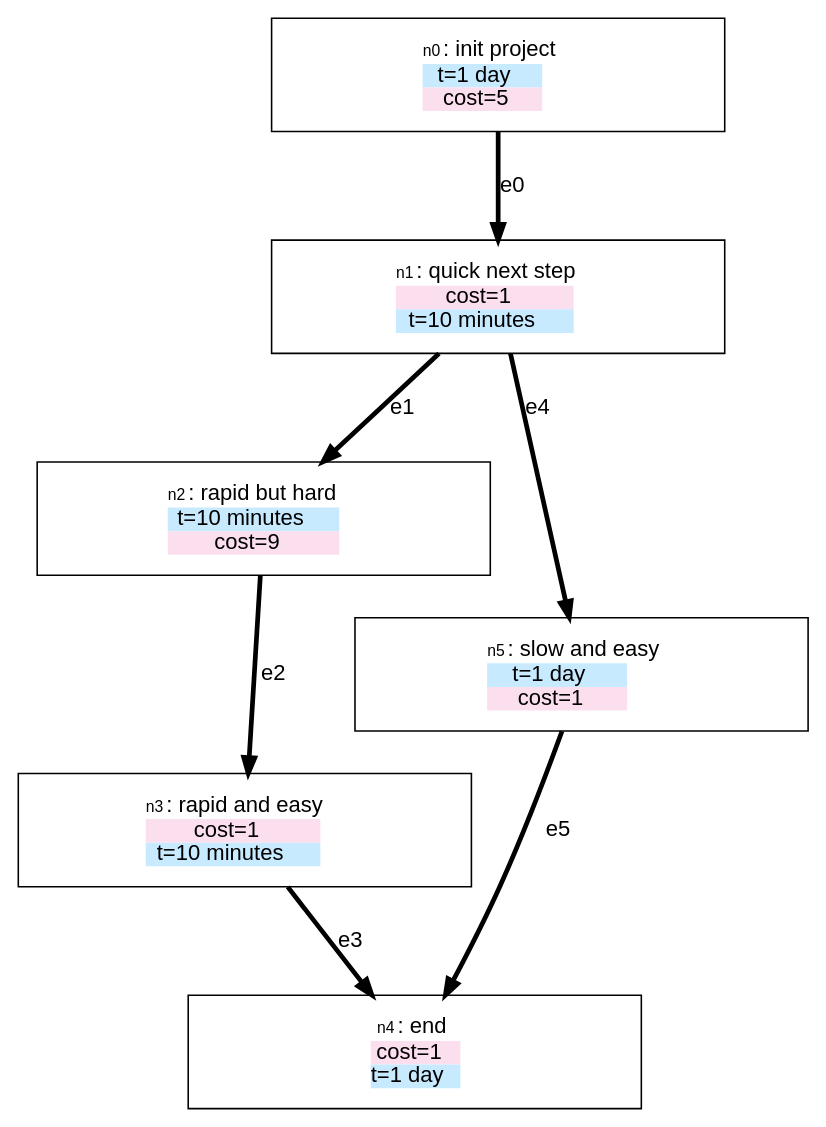
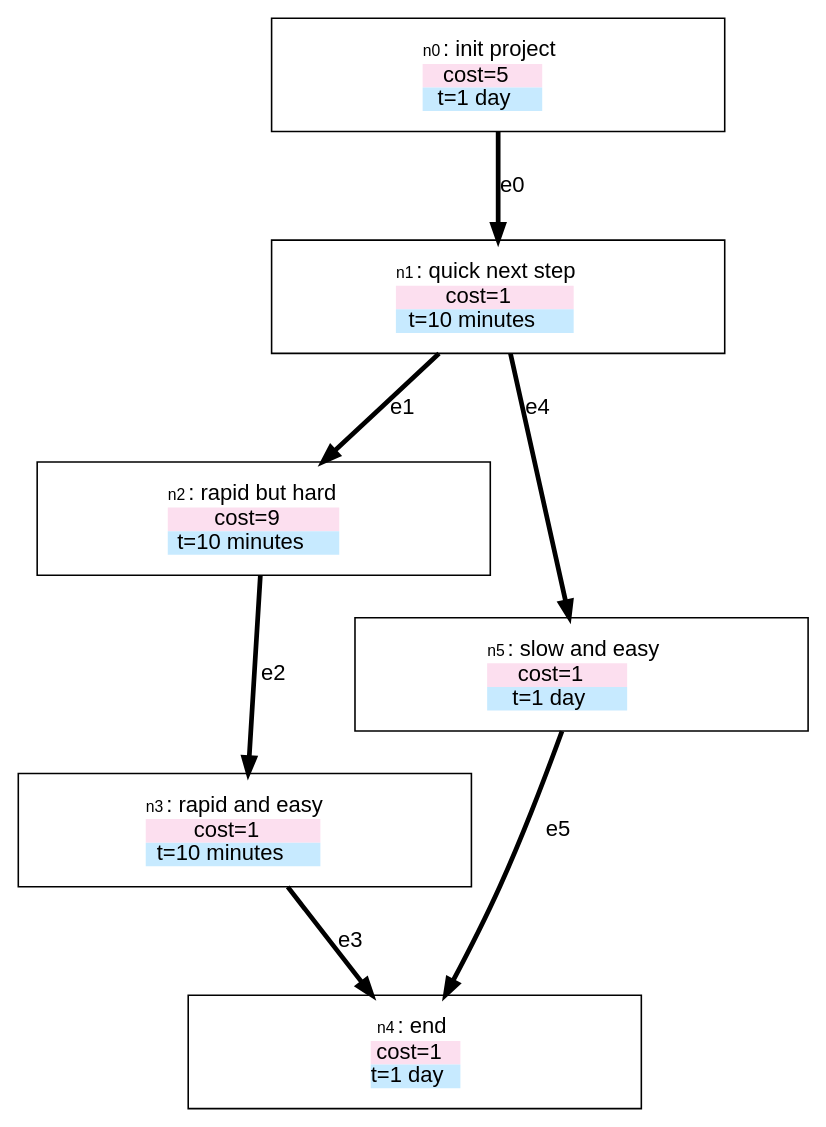
One commit to stevecooperorg/microdot changed the diagram in examples/variables.dot. Above: the diagram before and after it, drawn with Graphviz. The commit also changed other lines of this file and 2 other files, not shown here.

```diff
--- a/examples/variables.dot
+++ b/examples/variables.dot
@@ -1,117 +1,117 @@
 digraph {
 
     graph [fontname = "helvetica" rankdir="TB" ranksep=0.75 nodesep=0.5];
     node [fontname = "helvetica" shape = "box" width=2.5 style=filled];
     edge [fontname = "helvetica" penwidth=3 color="#000000"];
 
     n0 [width=4 height=1 label=< <TABLE BORDER="0" CELLPADDING="0" CELLSPACING="0">
     <TR>
         <TD COLSPAN="2"><FONT POINT-SIZE="10">n0</FONT>: init project</TD>
     </TR>
     
         
            <TR>
-<TD BGCOLOR="#C7EAFF"><FONT COLOR="#000000">t=1 day</FONT></TD>
+<TD BGCOLOR="#FCDFEF"><FONT COLOR="#000000">cost=5</FONT></TD>
 </TR>
         
            <TR>
-<TD BGCOLOR="#FCDFEF"><FONT COLOR="#000000">cost=5</FONT></TD>
+<TD BGCOLOR="#C7EAFF"><FONT COLOR="#000000">t=1 day</FONT></TD>
 </TR>
         
     
    </TABLE>
 > fillcolor="#FFFFFF"]
     n1 [width=4 height=1 label=< <TABLE BORDER="0" CELLPADDING="0" CELLSPACING="0">
     <TR>
         <TD COLSPAN="2"><FONT POINT-SIZE="10">n1</FONT>: quick next step</TD>
     </TR>
     
         
            <TR>
 <TD BGCOLOR="#FCDFEF"><FONT COLOR="#000000">cost=1</FONT></TD>
 </TR>
         
            <TR>
 <TD BGCOLOR="#C7EAFF"><FONT COLOR="#000000">t=10 minutes</FONT></TD>
 </TR>
         
     
    </TABLE>
 > fillcolor="#FFFFFF"]
     n2 [width=4 height=1 label=< <TABLE BORDER="0" CELLPADDING="0" CELLSPACING="0">
     <TR>
         <TD COLSPAN="2"><FONT POINT-SIZE="10">n2</FONT>: rapid but hard</TD>
     </TR>
     
         
            <TR>
-<TD BGCOLOR="#C7EAFF"><FONT COLOR="#000000">t=10 minutes</FONT></TD>
+<TD BGCOLOR="#FCDFEF"><FONT COLOR="#000000">cost=9</FONT></TD>
 </TR>
         
            <TR>
-<TD BGCOLOR="#FCDFEF"><FONT COLOR="#000000">cost=9</FONT></TD>
+<TD BGCOLOR="#C7EAFF"><FONT COLOR="#000000">t=10 minutes</FONT></TD>
 </TR>
         
     
    </TABLE>
 > fillcolor="#FFFFFF"]
     n3 [width=4 height=1 label=< <TABLE BORDER="0" CELLPADDING="0" CELLSPACING="0">
     <TR>
         <TD COLSPAN="2"><FONT POINT-SIZE="10">n3</FONT>: rapid and easy</TD>
     </TR>
     
         
            <TR>
 <TD BGCOLOR="#FCDFEF"><FONT COLOR="#000000">cost=1</FONT></TD>
 </TR>
         
            <TR>
 <TD BGCOLOR="#C7EAFF"><FONT COLOR="#000000">t=10 minutes</FONT></TD>
 </TR>
         
     
    </TABLE>
 > fillcolor="#FFFFFF"]
     n4 [width=4 height=1 label=< <TABLE BORDER="0" CELLPADDING="0" CELLSPACING="0">
     <TR>
         <TD COLSPAN="2"><FONT POINT-SIZE="10">n4</FONT>: end</TD>
     </TR>
     
         
            <TR>
 <TD BGCOLOR="#FCDFEF"><FONT COLOR="#000000">cost=1</FONT></TD>
 </TR>
         
            <TR>
 <TD BGCOLOR="#C7EAFF"><FONT COLOR="#000000">t=1 day</FONT></TD>
 </TR>
         
     
    </TABLE>
 > fillcolor="#FFFFFF"]
     n5 [width=4 height=1 label=< <TABLE BORDER="0" CELLPADDING="0" CELLSPACING="0">
     <TR>
         <TD COLSPAN="2"><FONT POINT-SIZE="10">n5</FONT>: slow and easy</TD>
     </TR>
     
         
            <TR>
-<TD BGCOLOR="#C7EAFF"><FONT COLOR="#000000">t=1 day</FONT></TD>
+<TD BGCOLOR="#FCDFEF"><FONT COLOR="#000000">cost=1</FONT></TD>
 </TR>
         
            <TR>
-<TD BGCOLOR="#FCDFEF"><FONT COLOR="#000000">cost=1</FONT></TD>
+<TD BGCOLOR="#C7EAFF"><FONT COLOR="#000000">t=1 day</FONT></TD>
 </TR>
         
     
    </TABLE>
 > fillcolor="#FFFFFF"]
 
     "n0" -> "n1" [label="e0"];
     "n1" -> "n2" [label="e1"];
     "n2" -> "n3" [label="e2"];
     "n3" -> "n4" [label="e3"];
     "n1" -> "n5" [label="e4"];
     "n5" -> "n4" [label="e5"];
 
 }
```
